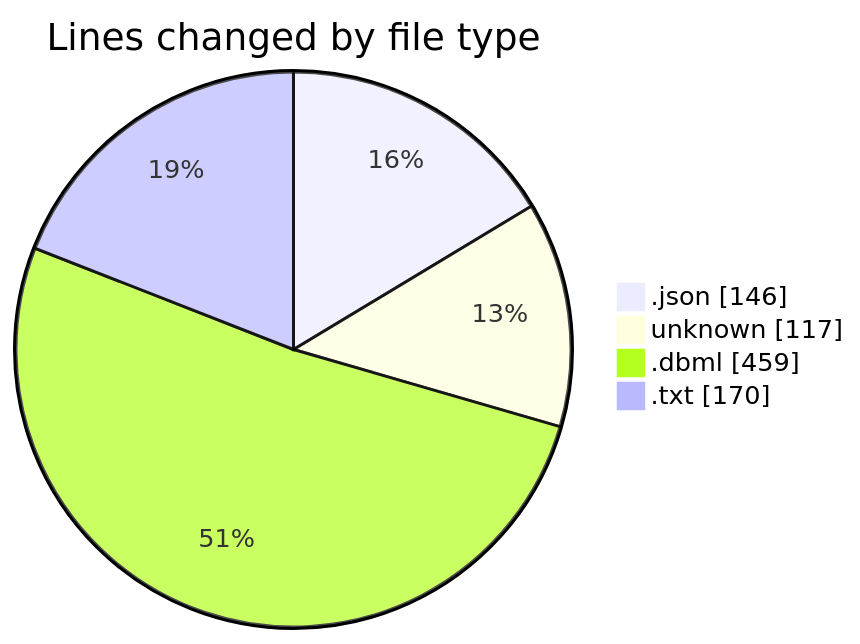
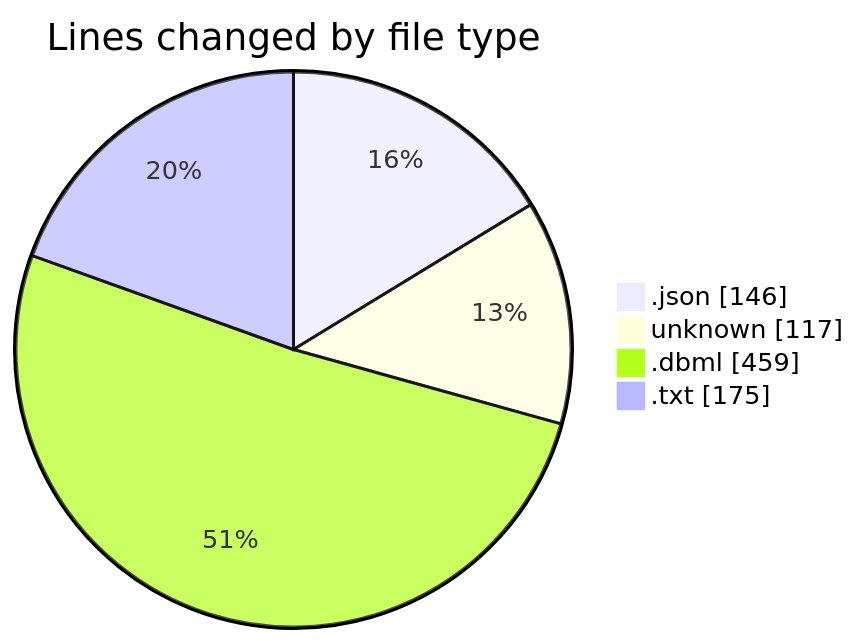
Before and after one commit to mevix1/code-tracking: the first of 2 diagrams in 2025-10-02/oura-api/README.md, drawn with Mermaid. The commit also changed other lines of this file and 1 other file, not shown here.

````diff
--- a/2025-10-02/oura-api/README.md
+++ b/2025-10-02/oura-api/README.md
@@ -24,8 +24,8 @@
 ```mermaid
 pie showData
 title Lines changed by file type
 ".json" : 146
 "unknown" : 117
 ".dbml" : 459
-".txt" : 170
+".txt" : 175
 ```
````
